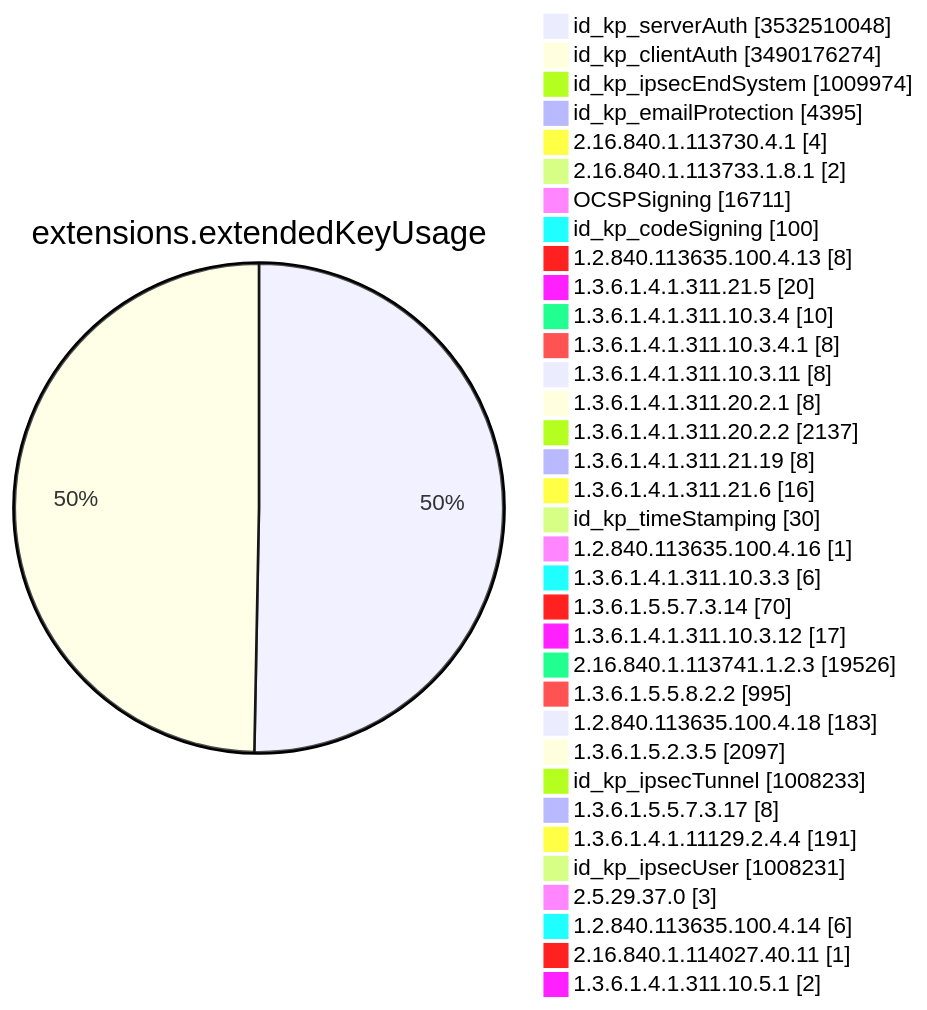
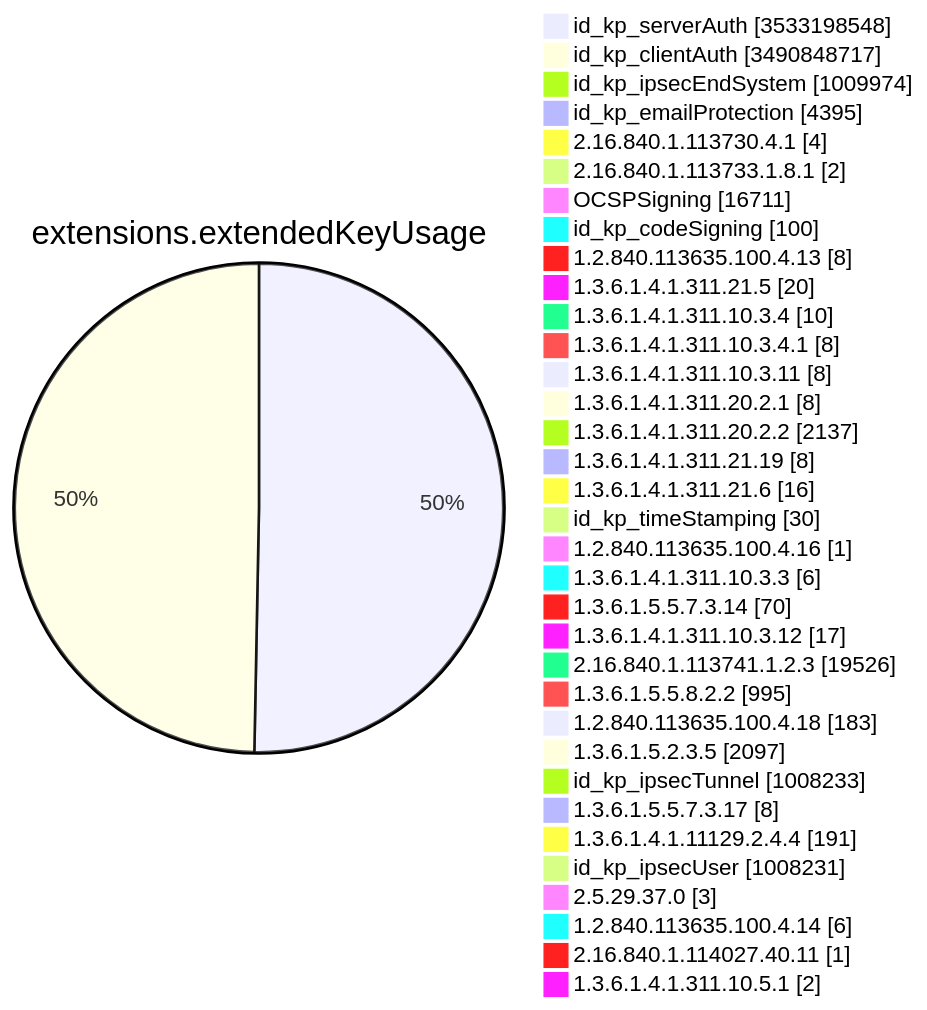
Before and after one commit to christiankrug/ctmonitor_visualization: diagram 11 of 15 in TOTAL/README.md, drawn with Mermaid. The commit also changed other lines of this file, not shown here.

````diff
--- a/TOTAL/README.md
+++ b/TOTAL/README.md
@@ -4127,38 +4127,38 @@
 ```mermaid
 pie showData
 title extensions.extendedKeyUsage
-"id_kp_serverAuth" :3532510048
-"id_kp_clientAuth" :3490176274
+"id_kp_serverAuth" :3533198548
+"id_kp_clientAuth" :3490848717
 "id_kp_ipsecEndSystem" :1009974
 "id_kp_emailProtection" :4395
 "2.16.840.1.113730.4.1" :4
 "2.16.840.1.113733.1.8.1" :2
 "OCSPSigning" :16711
 "id_kp_codeSigning" :100
 "1.2.840.113635.100.4.13" :8
 "1.3.6.1.4.1.311.21.5" :20
 "1.3.6.1.4.1.311.10.3.4" :10
 "1.3.6.1.4.1.311.10.3.4.1" :8
 "1.3.6.1.4.1.311.10.3.11" :8
 "1.3.6.1.4.1.311.20.2.1" :8
 "1.3.6.1.4.1.311.20.2.2" :2137
 "1.3.6.1.4.1.311.21.19" :8
 "1.3.6.1.4.1.311.21.6" :16
 "id_kp_timeStamping" :30
 "1.2.840.113635.100.4.16" :1
 "1.3.6.1.4.1.311.10.3.3" :6
 "1.3.6.1.5.5.7.3.14" :70
 "1.3.6.1.4.1.311.10.3.12" :17
 "2.16.840.1.113741.1.2.3" :19526
 "1.3.6.1.5.5.8.2.2" :995
 "1.2.840.113635.100.4.18" :183
 "1.3.6.1.5.2.3.5" :2097
 "id_kp_ipsecTunnel" :1008233
 "1.3.6.1.5.5.7.3.17" :8
 "1.3.6.1.4.1.11129.2.4.4" :191
 "id_kp_ipsecUser" :1008231
 "2.5.29.37.0" :3
 "1.2.840.113635.100.4.14" :6
 "2.16.840.1.114027.40.11" :1
 "1.3.6.1.4.1.311.10.5.1" :2
 ```
````
